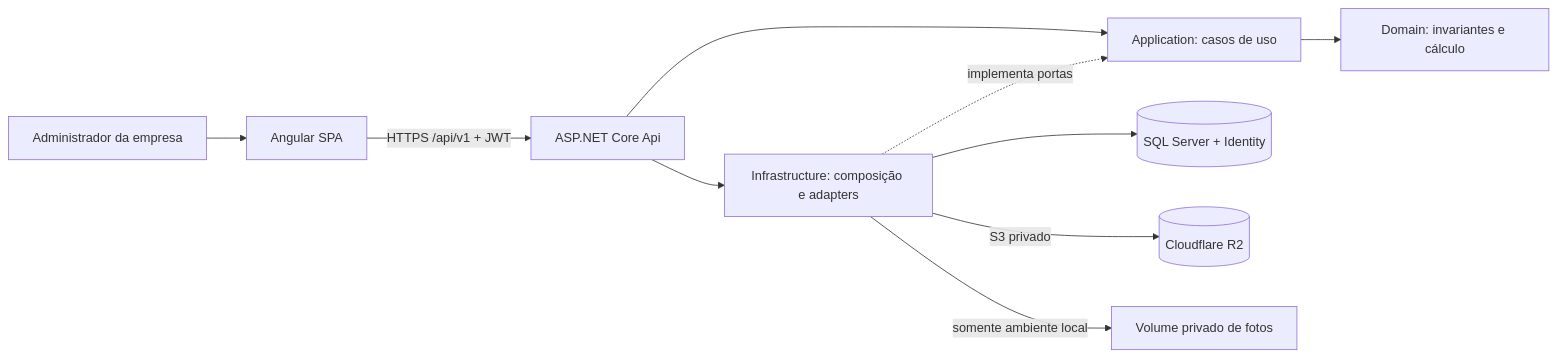
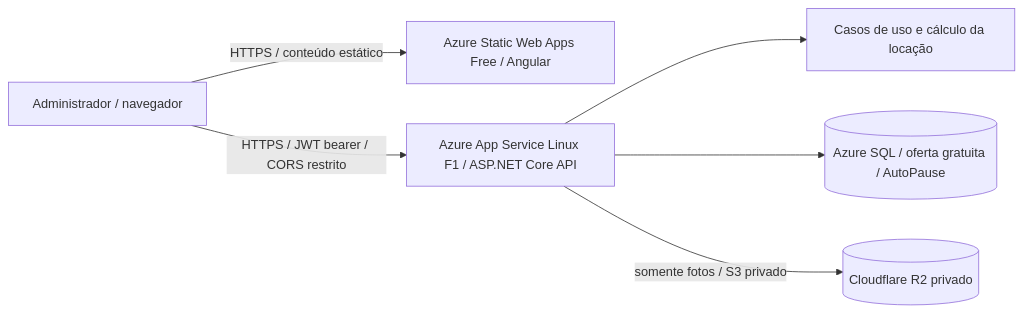
Before and after one commit to nataliavieirab/locadora-de-veiculos: the first of 4 diagrams in docs/tdd.md, drawn with Mermaid. The commit also changed other lines of this file and 2 other files, not shown here.

````diff
--- a/docs/tdd.md
+++ b/docs/tdd.md
@@ -59,12 +78,8 @@
 ```mermaid
 flowchart LR
-    A[Administrador da empresa] --> W[Angular SPA]
-    W -->|HTTPS /api/v1 + JWT| API[ASP.NET Core Api]
-    API --> APP[Application: casos de uso]
-    APP --> D[Domain: invariantes e cálculo]
-    API --> I[Infrastructure: composição e adapters]
-    I -. implementa portas .-> APP
-    I --> SQL[(SQL Server + Identity)]
-    I -->|S3 privado| R2[(Cloudflare R2)]
-    I -->|somente ambiente local| VOL[Volume privado de fotos]
+  U[Administrador / navegador] -->|HTTPS / conteúdo estático| E[Azure Static Web Apps Free / Angular]
+  U -->|HTTPS / JWT bearer / CORS restrito| A[Azure App Service Linux F1 / ASP.NET Core API]
+  A --> APP[Casos de uso e cálculo da locação]
+  A --> DB[(Azure SQL / oferta gratuita / AutoPause)]
+  A -->|somente fotos / S3 privado| R2[(Cloudflare R2 privado)]
 ```
````
